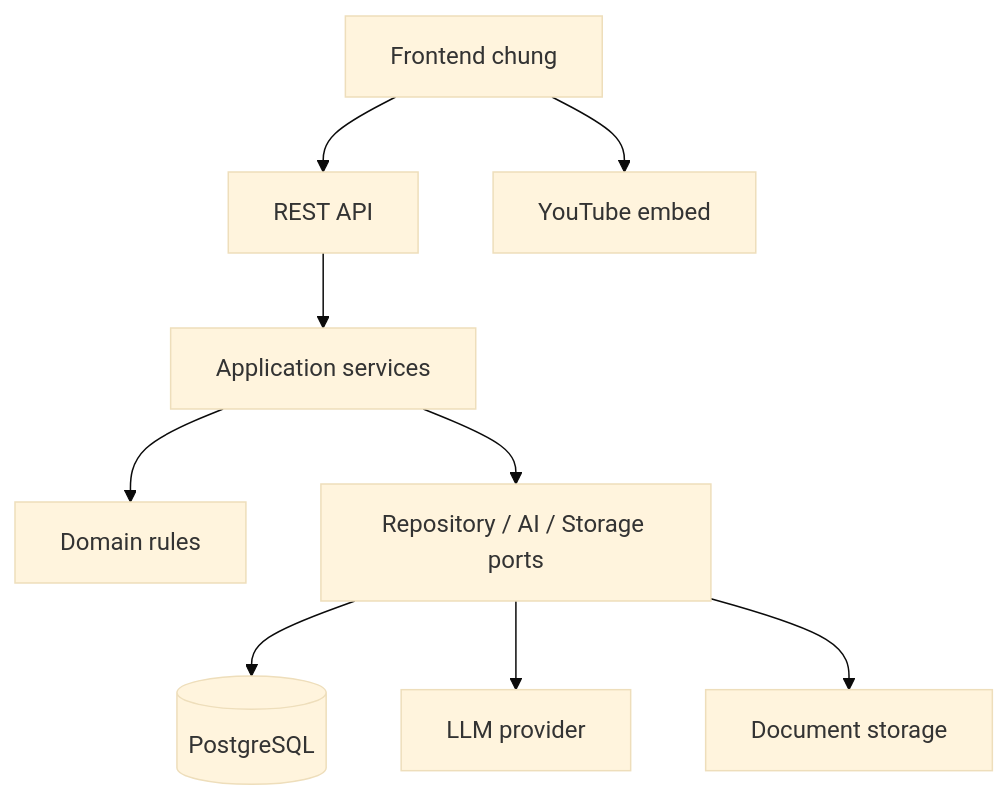
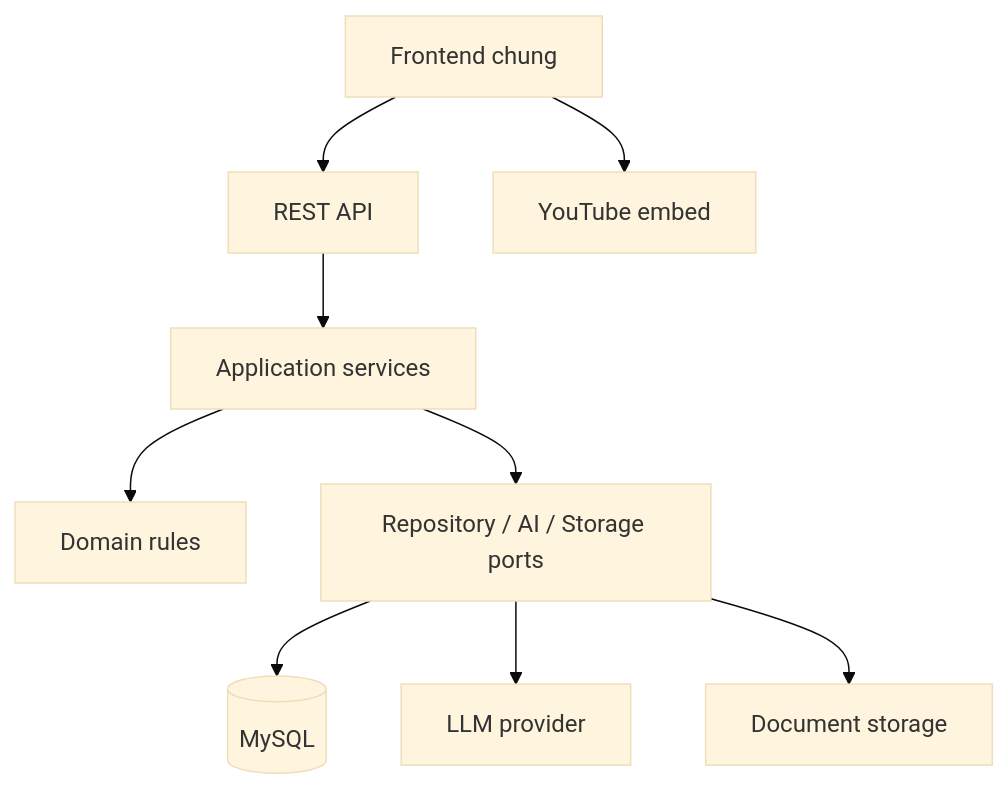
Before and after one commit to hieutt47/learning-ai-system: the diagram in docs/02-architecture/architecture.md, drawn with Mermaid (base theme). The commit also changed 9 other files, not shown here.

````diff
--- a/docs/02-architecture/architecture.md
+++ b/docs/02-architecture/architecture.md
@@ -5,11 +5,11 @@
 ```mermaid
 flowchart TD
   UI[Frontend chung] --> HTTP[REST API]
   HTTP --> APP[Application services]
   APP --> DOMAIN[Domain rules]
   APP --> PORT[Repository / AI / Storage ports]
-  PORT --> DB[(PostgreSQL)]
+  PORT --> DB[(MySQL)]
   PORT --> LLM[LLM provider]
   PORT --> FILE[Document storage]
   UI --> YT[YouTube embed]
 ```
````
